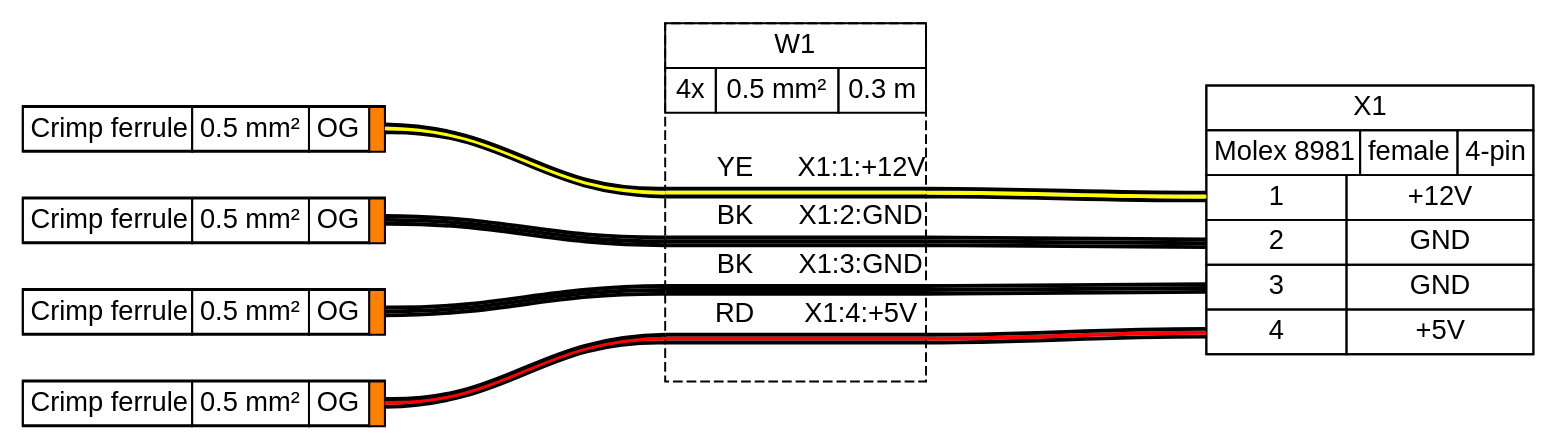
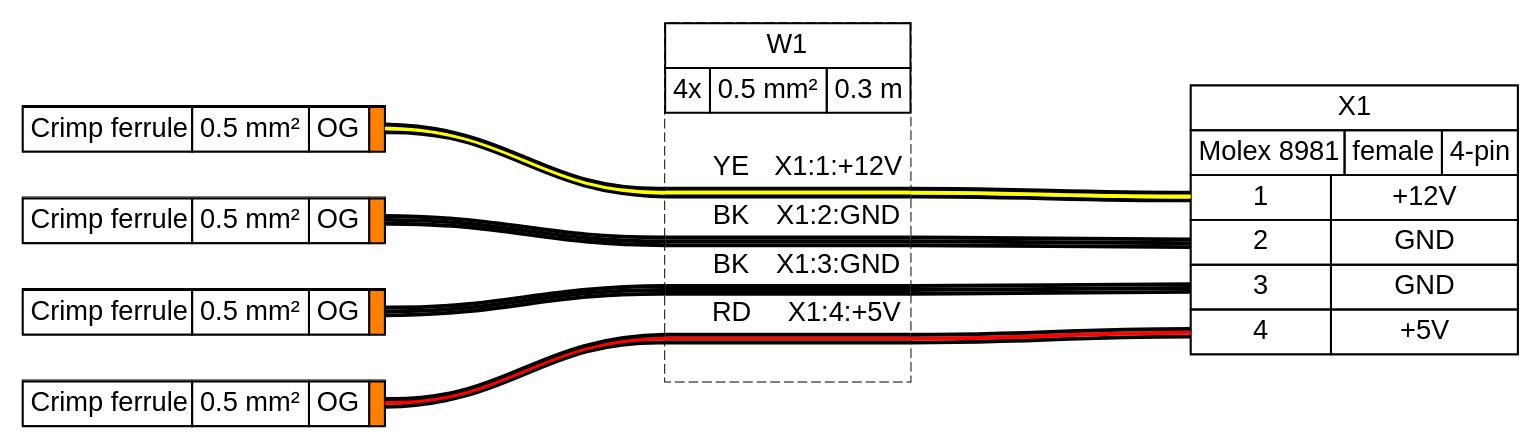
One commit to tobiasfalk/WireViz changed the diagram in tutorial/tutorial05.gv. Above: the diagram before and after it, drawn with Graphviz. The commit also changed 121 other files, not shown here.

```diff
--- a/tutorial/tutorial05.gv
+++ b/tutorial/tutorial05.gv
@@ -1,94 +1,248 @@
 graph {
-// Graph generated by WireViz 0.4-dev
-// https://github.com/formatc1702/WireViz
+// Graph generated by WireViz 0.5-dev+refactor
+// https://github.com/wireviz/WireViz
 	graph [bgcolor="#FFFFFF" fontname=arial nodesep=0.33 rankdir=LR ranksep=2]
 	node [fillcolor="#FFFFFF" fontname=arial height=0 margin=0 shape=none style=filled width=0]
 	edge [fontname=arial style=bold]
 	AUTOGENERATED_F1_1 [label=<
-<table border="0" cellspacing="0" cellpadding="0">
- <tr><td>
-  <table border="0" cellspacing="0" cellpadding="3" cellborder="1"><tr>
-   <td balign="left">Crimp ferrule</td>
-   <td balign="left">0.5 mm²</td>
-   <td balign="left">OG</td>
-   <td balign="left" bgcolor="#FF8000" width="4"></td>
-  </tr></table>
- </td></tr>
+<table border="0" cellspacing="0" cellpadding="0" port="p1r" bgcolor="#FFFFFF">
+ <tr>
+  <td port="p1l">
+   <table border="0" cellborder="1" cellpadding="3" cellspacing="0">
+    <tr>
+     <td>Crimp ferrule</td>
+     <td>0.5 mm²</td>
+     <td>OG</td>
+     <td bgcolor="#FF8000" sides="TBLR"></td>
+    </tr>
+   </table>
+  </td>
+ </tr>
 </table>
-> fillcolor="#FFFFFF" shape=box style=filled]
+> shape=box style=filled]
 	AUTOGENERATED_F1_2 [label=<
-<table border="0" cellspacing="0" cellpadding="0">
- <tr><td>
-  <table border="0" cellspacing="0" cellpadding="3" cellborder="1"><tr>
-   <td balign="left">Crimp ferrule</td>
-   <td balign="left">0.5 mm²</td>
-   <td balign="left">OG</td>
-   <td balign="left" bgcolor="#FF8000" width="4"></td>
-  </tr></table>
- </td></tr>
+<table border="0" cellspacing="0" cellpadding="0" port="p1r" bgcolor="#FFFFFF">
+ <tr>
+  <td port="p1l">
+   <table border="0" cellborder="1" cellpadding="3" cellspacing="0">
+    <tr>
+     <td>Crimp ferrule</td>
+     <td>0.5 mm²</td>
+     <td>OG</td>
+     <td bgcolor="#FF8000" sides="TBLR"></td>
+    </tr>
+   </table>
+  </td>
+ </tr>
 </table>
-> fillcolor="#FFFFFF" shape=box style=filled]
+> shape=box style=filled]
 	AUTOGENERATED_F1_3 [label=<
-<table border="0" cellspacing="0" cellpadding="0">
- <tr><td>
-  <table border="0" cellspacing="0" cellpadding="3" cellborder="1"><tr>
-   <td balign="left">Crimp ferrule</td>
-   <td balign="left">0.5 mm²</td>
-   <td balign="left">OG</td>
-   <td balign="left" bgcolor="#FF8000" width="4"></td>
-  </tr></table>
- </td></tr>
+<table border="0" cellspacing="0" cellpadding="0" port="p1r" bgcolor="#FFFFFF">
+ <tr>
+  <td port="p1l">
+   <table border="0" cellborder="1" cellpadding="3" cellspacing="0">
+    <tr>
+     <td>Crimp ferrule</td>
+     <td>0.5 mm²</td>
+     <td>OG</td>
+     <td bgcolor="#FF8000" sides="TBLR"></td>
+    </tr>
+   </table>
+  </td>
+ </tr>
 </table>
-> fillcolor="#FFFFFF" shape=box style=filled]
+> shape=box style=filled]
 	AUTOGENERATED_F1_4 [label=<
-<table border="0" cellspacing="0" cellpadding="0">
- <tr><td>
-  <table border="0" cellspacing="0" cellpadding="3" cellborder="1"><tr>
-   <td balign="left">Crimp ferrule</td>
-   <td balign="left">0.5 mm²</td>
-   <td balign="left">OG</td>
-   <td balign="left" bgcolor="#FF8000" width="4"></td>
-  </tr></table>
- </td></tr>
+<table border="0" cellspacing="0" cellpadding="0" port="p1r" bgcolor="#FFFFFF">
+ <tr>
+  <td port="p1l">
+   <table border="0" cellborder="1" cellpadding="3" cellspacing="0">
+    <tr>
+     <td>Crimp ferrule</td>
+     <td>0.5 mm²</td>
+     <td>OG</td>
+     <td bgcolor="#FF8000" sides="TBLR"></td>
+    </tr>
+   </table>
+  </td>
+ </tr>
 </table>
-> fillcolor="#FFFFFF" shape=box style=filled]
+> shape=box style=filled]
 	X1 [label=<
-<table border="0" cellspacing="0" cellpadding="0">
- <tr><td>
-  <table border="0" cellspacing="0" cellpadding="3" cellborder="1"><tr>
-   <td balign="left">X1</td>
-  </tr></table>
- </td></tr>
- <tr><td>
-  <table border="0" cellspacing="0" cellpadding="3" cellborder="1"><tr>
-   <td balign="left">Molex 8981</td>
-   <td balign="left">female</td>
-   <td balign="left">4-pin</td>
-  </tr></table>
- </td></tr>
- <tr><td>
-  <table border="0" cellspacing="0" cellpadding="3" cellborder="1">
-   <tr>
-    <td port="p1l">1</td>
-    <td>+12V</td>
-   </tr>
-   <tr>
-    <td port="p2l">2</td>
-    <td>GND</td>
-   </tr>
-   <tr>
-    <td port="p3l">3</td>
-    <td>GND</td>
-   </tr>
-   <tr>
-    <td port="p4l">4</td>
-    <td>+5V</td>
-   </tr>
-  </table>
- </td></tr>
+<table border="0" cellspacing="0" cellpadding="0" bgcolor="#FFFFFF">
+ <tr>
+  <td>
+   <table border="0" cellborder="1" cellpadding="3" cellspacing="0">
+    <tr>
+     <td>X1</td>
+    </tr>
+   </table>
+  </td>
+ </tr>
+ <tr>
+  <td>
+   <table border="0" cellborder="1" cellpadding="3" cellspacing="0">
+    <tr>
+     <td>Molex 8981</td>
+     <td>female</td>
+     <td>4-pin</td>
+    </tr>
+   </table>
+  </td>
+ </tr>
+ <tr>
+  <td>
+   <table border="0" cellborder="1" cellpadding="3" cellspacing="0">
+    <tr>
+     <td port="p1l">1</td>
+     <td>+12V</td>
+    </tr>
+    <tr>
+     <td port="p2l">2</td>
+     <td>GND</td>
+    </tr>
+    <tr>
+     <td port="p3l">3</td>
+     <td>GND</td>
+    </tr>
+    <tr>
+     <td port="p4l">4</td>
+     <td>+5V</td>
+    </tr>
+   </table>
+  </td>
+ </tr>
 </table>
-> fillcolor="#FFFFFF" shape=box style=filled]
-	edge [color="#000000:#ffff00:#000000"]
+> shape=box style=filled]
+	W1 [label=<
+<table border="0" cellspacing="0" cellpadding="0" bgcolor="#FFFFFF">
+ <tr>
+  <td>
+   <table border="0" cellborder="1" cellpadding="3" cellspacing="0">
+    <tr>
+     <td>W1</td>
+    </tr>
+   </table>
+  </td>
+ </tr>
+ <tr>
+  <td>
+   <table border="0" cellborder="1" cellpadding="3" cellspacing="0">
+    <tr>
+     <td>4x</td>
+     <td>0.5 mm²</td>
+     <td>0.3 m</td>
+    </tr>
+   </table>
+  </td>
+ </tr>
+ <tr>
+  <td>
+   <table border="0" cellborder="0" cellspacing="0">
+    <tr>
+     <td>&nbsp;</td>
+    </tr>
+    <tr>
+     <td align="left"> </td>
+     <td> </td>
+     <td></td>
+     <td>YE</td>
+     <td> </td>
+     <td align="right">X1:1:+12V </td>
+    </tr>
+    <tr>
+     <td border="0" cellspacing="0" cellpadding="0" colspan="6" height="6" port="w1">
+      <table border="0" cellborder="0" cellspacing="0">
+       <tr>
+        <td bgcolor="#000000" border="0" cellpadding="0" colspan="6" height="2"></td>
+       </tr>
+       <tr>
+        <td bgcolor="#FFFF00" border="0" cellpadding="0" colspan="6" height="2"></td>
+       </tr>
+       <tr>
+        <td bgcolor="#000000" border="0" cellpadding="0" colspan="6" height="2"></td>
+       </tr>
+      </table>
+     </td>
+    </tr>
+    <tr>
+     <td align="left"> </td>
+     <td> </td>
+     <td></td>
+     <td>BK</td>
+     <td> </td>
+     <td align="right">X1:2:GND </td>
+    </tr>
+    <tr>
+     <td border="0" cellspacing="0" cellpadding="0" colspan="6" height="6" port="w2">
+      <table border="0" cellborder="0" cellspacing="0">
+       <tr>
+        <td bgcolor="#000000" border="0" cellpadding="0" colspan="6" height="2"></td>
+       </tr>
+       <tr>
+        <td bgcolor="#000000" border="0" cellpadding="0" colspan="6" height="2"></td>
+       </tr>
+       <tr>
+        <td bgcolor="#000000" border="0" cellpadding="0" colspan="6" height="2"></td>
+       </tr>
+      </table>
+     </td>
+    </tr>
+    <tr>
+     <td align="left"> </td>
+     <td> </td>
+     <td></td>
+     <td>BK</td>
+     <td> </td>
+     <td align="right">X1:3:GND </td>
+    </tr>
+    <tr>
+     <td border="0" cellspacing="0" cellpadding="0" colspan="6" height="6" port="w3">
+      <table border="0" cellborder="0" cellspacing="0">
+       <tr>
+        <td bgcolor="#000000" border="0" cellpadding="0" colspan="6" height="2"></td>
+       </tr>
+       <tr>
+        <td bgcolor="#000000" border="0" cellpadding="0" colspan="6" height="2"></td>
+       </tr>
+       <tr>
+        <td bgcolor="#000000" border="0" cellpadding="0" colspan="6" height="2"></td>
+       </tr>
+      </table>
+     </td>
+    </tr>
+    <tr>
+     <td align="left"> </td>
+     <td> </td>
+     <td></td>
+     <td>RD</td>
+     <td> </td>
+     <td align="right">X1:4:+5V </td>
+    </tr>
+    <tr>
+     <td border="0" cellspacing="0" cellpadding="0" colspan="6" height="6" port="w4">
+      <table border="0" cellborder="0" cellspacing="0">
+       <tr>
+        <td bgcolor="#000000" border="0" cellpadding="0" colspan="6" height="2"></td>
+       </tr>
+       <tr>
+        <td bgcolor="#FF0000" border="0" cellpadding="0" colspan="6" height="2"></td>
+       </tr>
+       <tr>
+        <td bgcolor="#000000" border="0" cellpadding="0" colspan="6" height="2"></td>
+       </tr>
+      </table>
+     </td>
+    </tr>
+    <tr>
+     <td>&nbsp;</td>
+    </tr>
+   </table>
+  </td>
+ </tr>
+</table>
+> shape=box style="filled,dashed"]
+	edge [color="#000000:#FFFF00:#000000"]
 	AUTOGENERATED_F1_1:e -- W1:w1:w
 	W1:w1:e -- X1:p1l:w
 	edge [color="#000000:#000000:#000000"]
@@ -97,93 +251,7 @@
 	edge [color="#000000:#000000:#000000"]
 	AUTOGENERATED_F1_3:e -- W1:w3:w
 	W1:w3:e -- X1:p3l:w
-	edge [color="#000000:#ff0000:#000000"]
+	edge [color="#000000:#FF0000:#000000"]
 	AUTOGENERATED_F1_4:e -- W1:w4:w
 	W1:w4:e -- X1:p4l:w
-	W1 [label=<
-<table border="0" cellspacing="0" cellpadding="0">
- <tr><td>
-  <table border="0" cellspacing="0" cellpadding="3" cellborder="1"><tr>
-   <td balign="left">W1</td>
-  </tr></table>
- </td></tr>
- <tr><td>
-  <table border="0" cellspacing="0" cellpadding="3" cellborder="1"><tr>
-   <td balign="left">4x</td>
-   <td balign="left">0.5 mm²</td>
-   <td balign="left">0.3 m</td>
-  </tr></table>
- </td></tr>
- <tr><td>
-  <table border="0" cellspacing="0" cellborder="0">
-   <tr><td>&nbsp;</td></tr>
-   <tr>
-    <td></td>
-    <td>
-     YE
-    </td>
-    <td>X1:1:+12V</td>
-   </tr>
-   <tr>
-    <td colspan="3" border="0" cellspacing="0" cellpadding="0" port="w1" height="6">
-     <table cellspacing="0" cellborder="0" border="0">
-      <tr><td colspan="3" cellpadding="0" height="2" bgcolor="#000000" border="0"></td></tr>
-      <tr><td colspan="3" cellpadding="0" height="2" bgcolor="#ffff00" border="0"></td></tr>
-      <tr><td colspan="3" cellpadding="0" height="2" bgcolor="#000000" border="0"></td></tr>
-     </table>
-    </td>
-   </tr>
-   <tr>
-    <td></td>
-    <td>
-     BK
-    </td>
-    <td>X1:2:GND</td>
-   </tr>
-   <tr>
-    <td colspan="3" border="0" cellspacing="0" cellpadding="0" port="w2" height="6">
-     <table cellspacing="0" cellborder="0" border="0">
-      <tr><td colspan="3" cellpadding="0" height="2" bgcolor="#000000" border="0"></td></tr>
-      <tr><td colspan="3" cellpadding="0" height="2" bgcolor="#000000" border="0"></td></tr>
-      <tr><td colspan="3" cellpadding="0" height="2" bgcolor="#000000" border="0"></td></tr>
-     </table>
-    </td>
-   </tr>
-   <tr>
-    <td></td>
-    <td>
-     BK
-    </td>
-    <td>X1:3:GND</td>
-   </tr>
-   <tr>
-    <td colspan="3" border="0" cellspacing="0" cellpadding="0" port="w3" height="6">
-     <table cellspacing="0" cellborder="0" border="0">
-      <tr><td colspan="3" cellpadding="0" height="2" bgcolor="#000000" border="0"></td></tr>
-      <tr><td colspan="3" cellpadding="0" height="2" bgcolor="#000000" border="0"></td></tr>
-      <tr><td colspan="3" cellpadding="0" height="2" bgcolor="#000000" border="0"></td></tr>
-     </table>
-    </td>
-   </tr>
-   <tr>
-    <td></td>
-    <td>
-     RD
-    </td>
-    <td>X1:4:+5V</td>
-   </tr>
-   <tr>
-    <td colspan="3" border="0" cellspacing="0" cellpadding="0" port="w4" height="6">
-     <table cellspacing="0" cellborder="0" border="0">
-      <tr><td colspan="3" cellpadding="0" height="2" bgcolor="#000000" border="0"></td></tr>
-      <tr><td colspan="3" cellpadding="0" height="2" bgcolor="#ff0000" border="0"></td></tr>
-      <tr><td colspan="3" cellpadding="0" height="2" bgcolor="#000000" border="0"></td></tr>
-     </table>
-    </td>
-   </tr>
-   <tr><td>&nbsp;</td></tr>
-  </table>
- </td></tr>
-</table>
-> fillcolor="#FFFFFF" shape=box style="filled,dashed"]
 }
```
